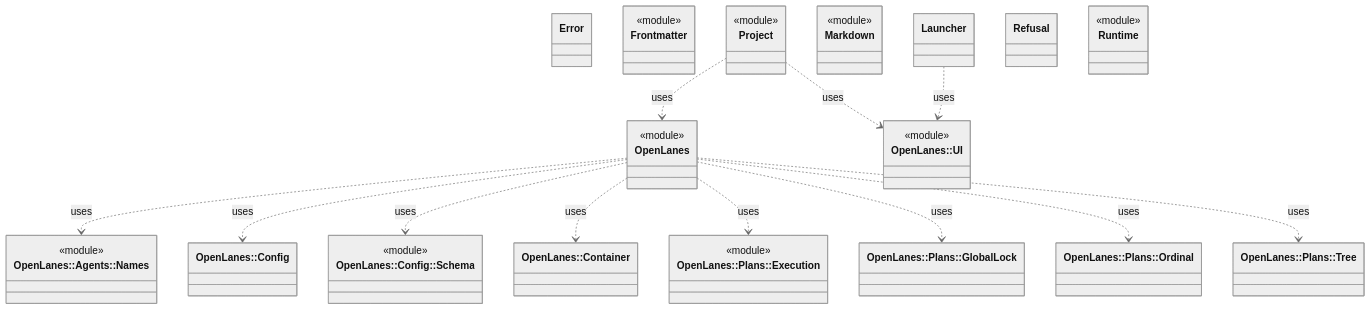
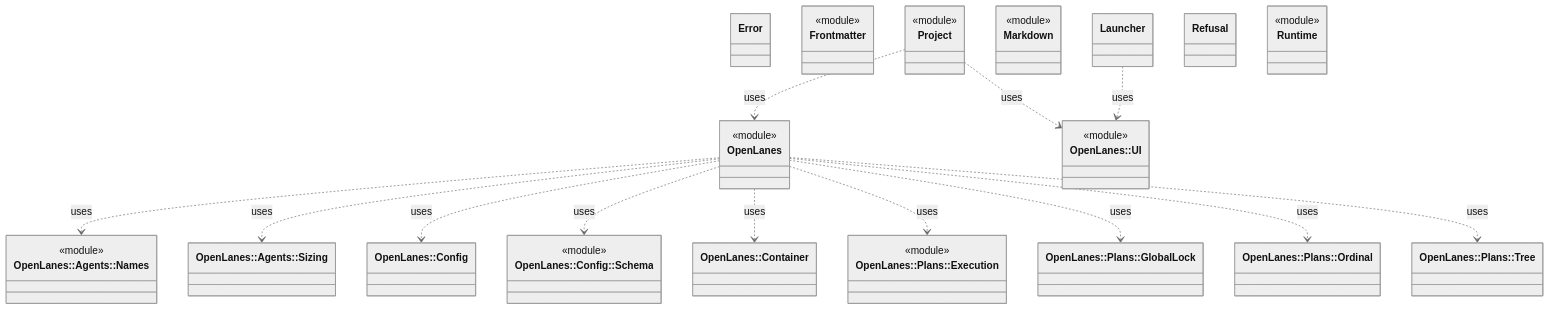
One commit to kigster/openlanes changed the diagram in docs/architecture/openlanes.md. Above: the diagram before and after it, drawn with Mermaid (neutral theme). The commit also changed 16 other files, not shown here.

````diff
--- a/docs/architecture/openlanes.md
+++ b/docs/architecture/openlanes.md
@@ -5,40 +5,42 @@
 ```mermaid
 classDiagram
   class OpenLanes["OpenLanes"]
   <<module>> OpenLanes
   class OpenLanes__Agents__Names["OpenLanes::Agents::Names"]
   <<module>> OpenLanes__Agents__Names
+  class OpenLanes__Agents__Sizing["OpenLanes::Agents::Sizing"]
   class OpenLanes__Config["OpenLanes::Config"]
   class OpenLanes__Config__Schema["OpenLanes::Config::Schema"]
   <<module>> OpenLanes__Config__Schema
   class OpenLanes__Container["OpenLanes::Container"]
   class OpenLanes__Error["Error"]
   class OpenLanes__Frontmatter["Frontmatter"]
   <<module>> OpenLanes__Frontmatter
   class OpenLanes__Launcher["Launcher"]
   class OpenLanes__Markdown["Markdown"]
   <<module>> OpenLanes__Markdown
   class OpenLanes__Plans__Execution["OpenLanes::Plans::Execution"]
   <<module>> OpenLanes__Plans__Execution
   class OpenLanes__Plans__GlobalLock["OpenLanes::Plans::GlobalLock"]
   class OpenLanes__Plans__Ordinal["OpenLanes::Plans::Ordinal"]
   class OpenLanes__Plans__Tree["OpenLanes::Plans::Tree"]
   class OpenLanes__Project["Project"]
   <<module>> OpenLanes__Project
   class OpenLanes__Refusal["Refusal"]
   class OpenLanes__Runtime["Runtime"]
   <<module>> OpenLanes__Runtime
   class OpenLanes__UI["OpenLanes::UI"]
   <<module>> OpenLanes__UI
   OpenLanes ..> OpenLanes__Agents__Names : uses
+  OpenLanes ..> OpenLanes__Agents__Sizing : uses
   OpenLanes ..> OpenLanes__Config : uses
   OpenLanes ..> OpenLanes__Config__Schema : uses
   OpenLanes ..> OpenLanes__Container : uses
   OpenLanes ..> OpenLanes__Plans__Execution : uses
   OpenLanes ..> OpenLanes__Plans__GlobalLock : uses
   OpenLanes ..> OpenLanes__Plans__Ordinal : uses
   OpenLanes ..> OpenLanes__Plans__Tree : uses
   OpenLanes__Launcher ..> OpenLanes__UI : uses
   OpenLanes__Project ..> OpenLanes : uses
   OpenLanes__Project ..> OpenLanes__UI : uses
 ```
````
